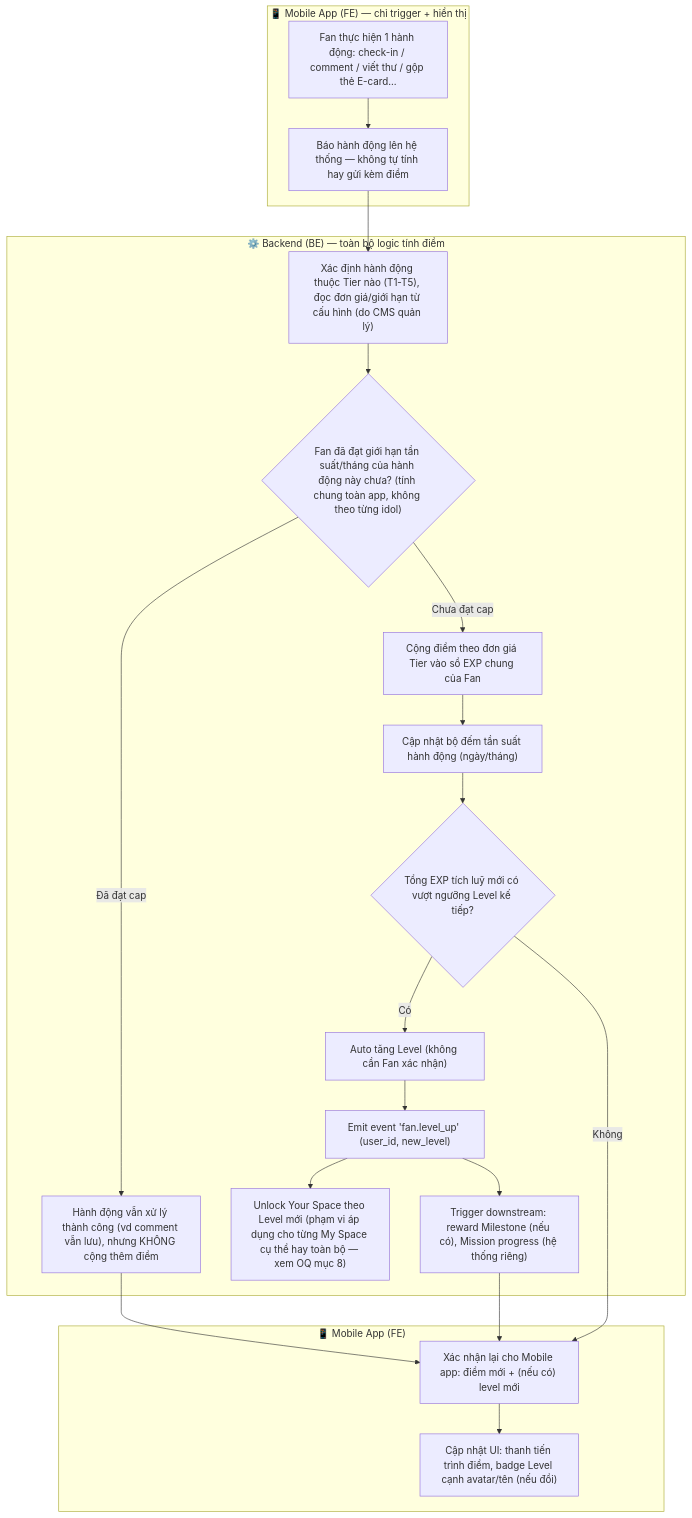
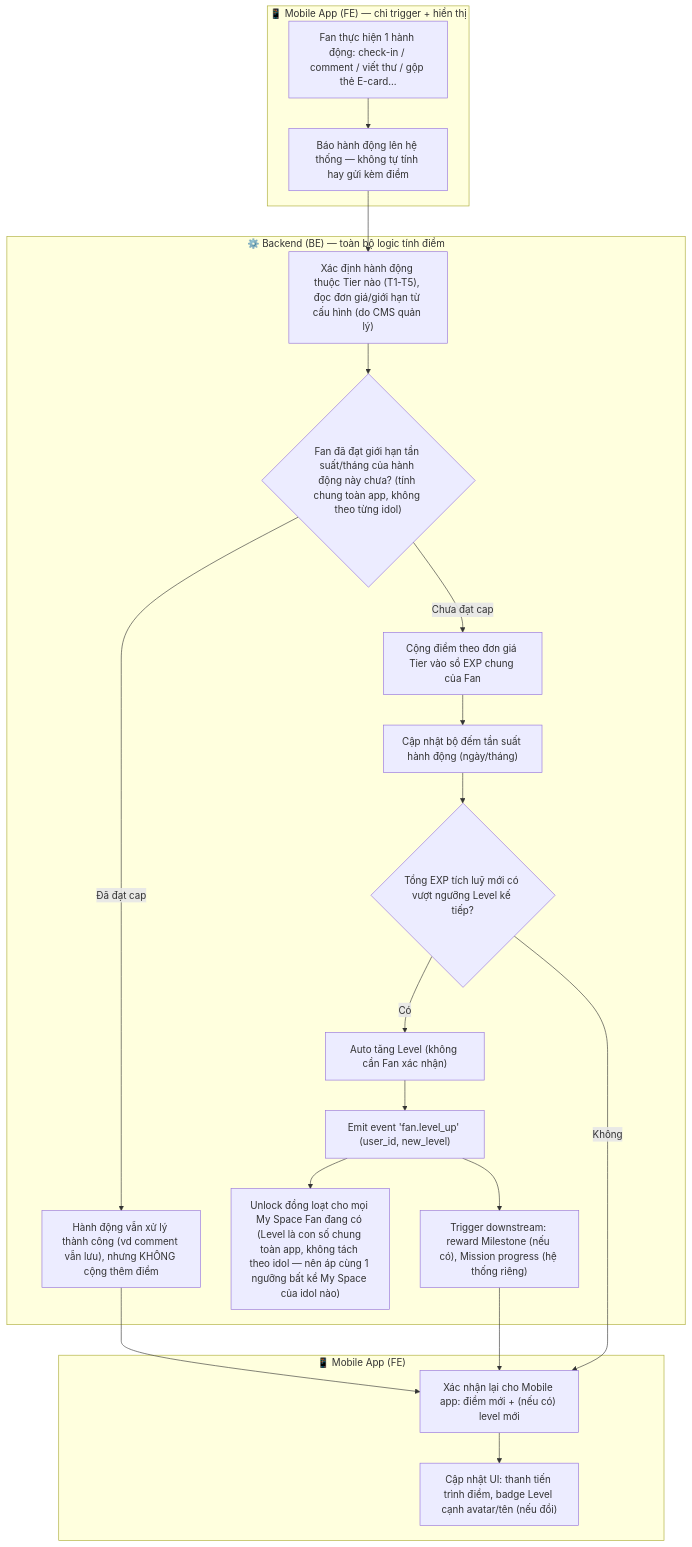
Before and after one commit to chrishieu/fana-analysis: the first of 2 diagrams in FSD_mvp2_Ranking_Point_System.md, drawn with Mermaid. The commit also changed other lines of this file, not shown here.

Commit message:
Chốt quà rank-up khi lên Level (Space Item/Sticker/Avatar Frame) và Unlock My Space đồng loạt, đóng các Open Question liên quan trong FSD MVP2 Ranking & Point System.

````diff
--- a/FSD_mvp2_Ranking_Point_System.md
+++ b/FSD_mvp2_Ranking_Point_System.md
@@ -71,27 +71,27 @@
 ```mermaid
 flowchart TD
     subgraph MOBILE["📱 Mobile App (FE) — chỉ trigger + hiển thị"]
         A[Fan thực hiện 1 hành động: check-in / comment / viết thư / gộp thẻ E-card...] --> B["Báo hành động lên hệ thống — không tự tính hay gửi kèm điểm"]
     end
 
     subgraph BE["⚙️ Backend (BE) — toàn bộ logic tính điểm"]
         B --> C["Xác định hành động thuộc Tier nào (T1-T5), đọc đơn giá/giới hạn từ cấu hình (do CMS quản lý)"]
         C --> D{"Fan đã đạt giới hạn tần suất/tháng của hành động này chưa? (tính chung toàn app, không theo từng idol)"}
         D -- Đã đạt cap --> E["Hành động vẫn xử lý thành công (vd comment vẫn lưu), nhưng KHÔNG cộng thêm điểm"]
         D -- Chưa đạt cap --> F["Cộng điểm theo đơn giá Tier vào sổ EXP chung của Fan"]
         F --> G["Cập nhật bộ đếm tần suất hành động (ngày/tháng)"]
         G --> H{"Tổng EXP tích luỹ mới có vượt ngưỡng Level kế tiếp?"}
         H -- Có --> I["Auto tăng Level (không cần Fan xác nhận)"]
         I --> J["Emit event 'fan.level_up' (user_id, new_level)"]
-        J --> K["Unlock Your Space theo Level mới (phạm vi áp dụng cho từng My Space cụ thể hay toàn bộ — xem OQ mục 8)"]
+        J --> K["Unlock đồng loạt cho mọi My Space Fan đang có (Level là con số chung toàn app, không tách theo idol — nên áp cùng 1 ngưỡng bất kể My Space của idol nào)"]
         J --> L["Trigger downstream: reward Milestone (nếu có), Mission progress (hệ thống riêng)"]
     end
 
     E --> M["Xác nhận lại cho Mobile app: điểm mới + (nếu có) level mới"]
     H -- Không --> M
     L --> M
 
     subgraph MOBILE2["📱 Mobile App (FE)"]
         M --> N["Cập nhật UI: thanh tiến trình điểm, badge Level cạnh avatar/tên (nếu đổi)"]
     end
 ```
````
